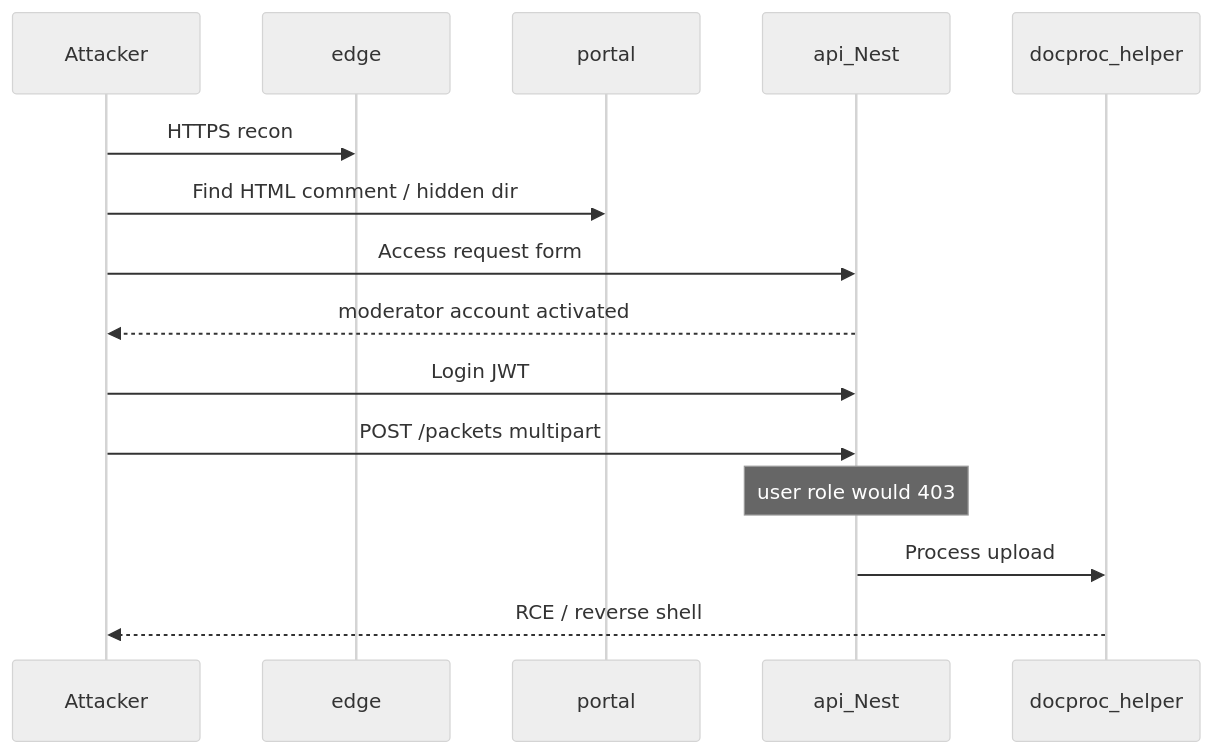
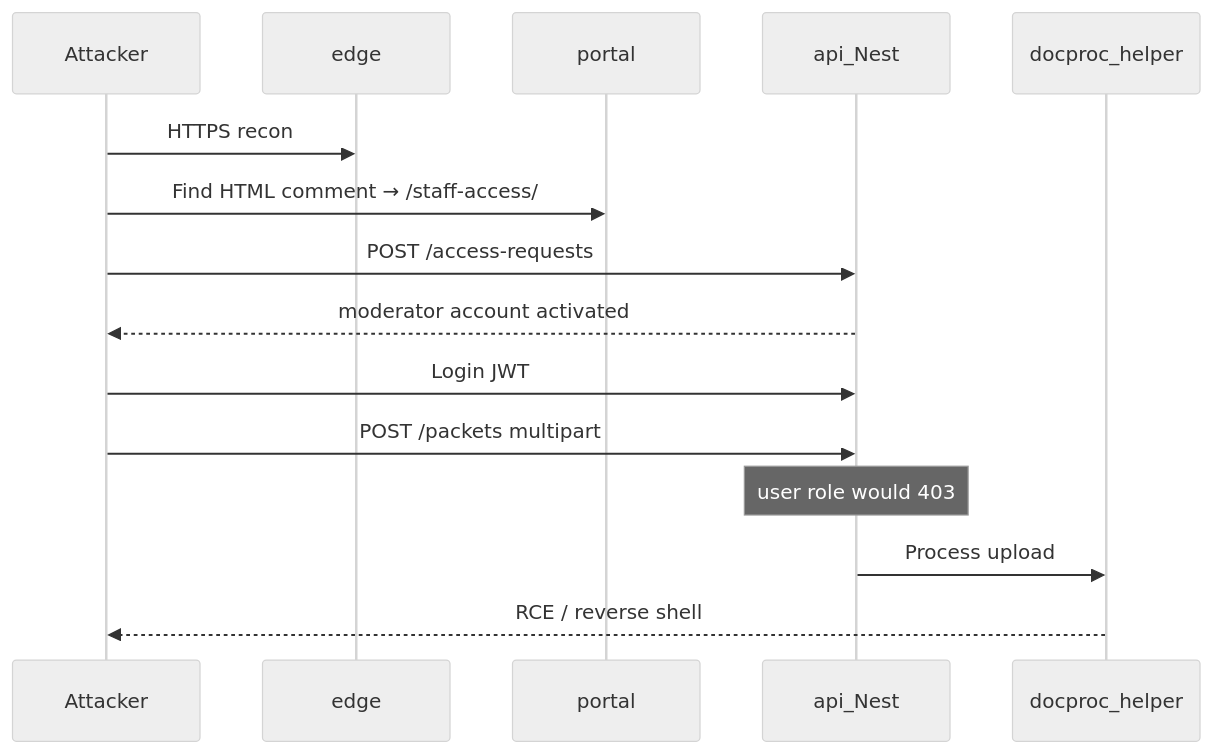
One commit to KLJr-Dev/KC-Project changed the diagram in docs/diagrams/c10-v1.10.0-auth-flow.md. Above: the diagram before and after it, drawn with Mermaid (neutral theme). The commit also changed 90 other files, not shown here.

````diff
--- a/docs/diagrams/c10-v1.10.0-auth-flow.md
+++ b/docs/diagrams/c10-v1.10.0-auth-flow.md
@@ -5,18 +5,18 @@
 ```mermaid
 sequenceDiagram
   participant A as Attacker
   participant E as edge
   participant P as portal
   participant API as api_Nest
   participant D as docproc_helper
 
   A->>E: HTTPS recon
-  A->>P: Find HTML comment / hidden dir
-  A->>API: Access request form
+  A->>P: Find HTML comment → /staff-access/
+  A->>API: POST /access-requests
   API-->>A: moderator account activated
   A->>API: Login JWT
   A->>API: POST /packets multipart
   Note over API: user role would 403
   API->>D: Process upload
   D-->>A: RCE / reverse shell
 ```
````
